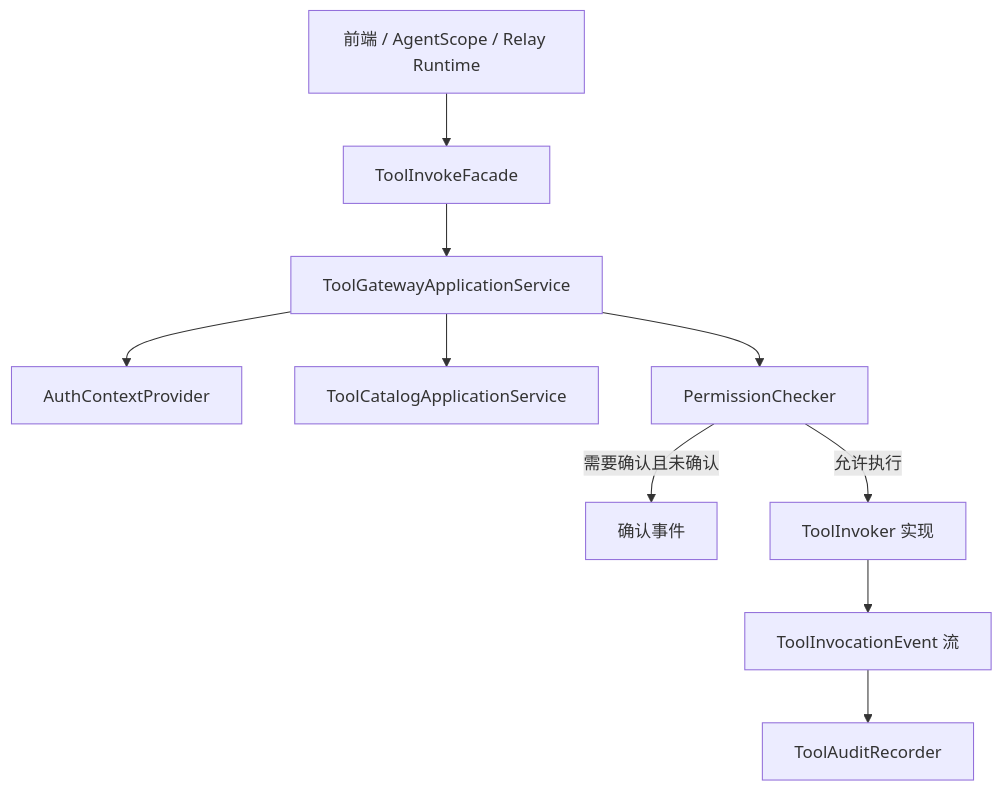
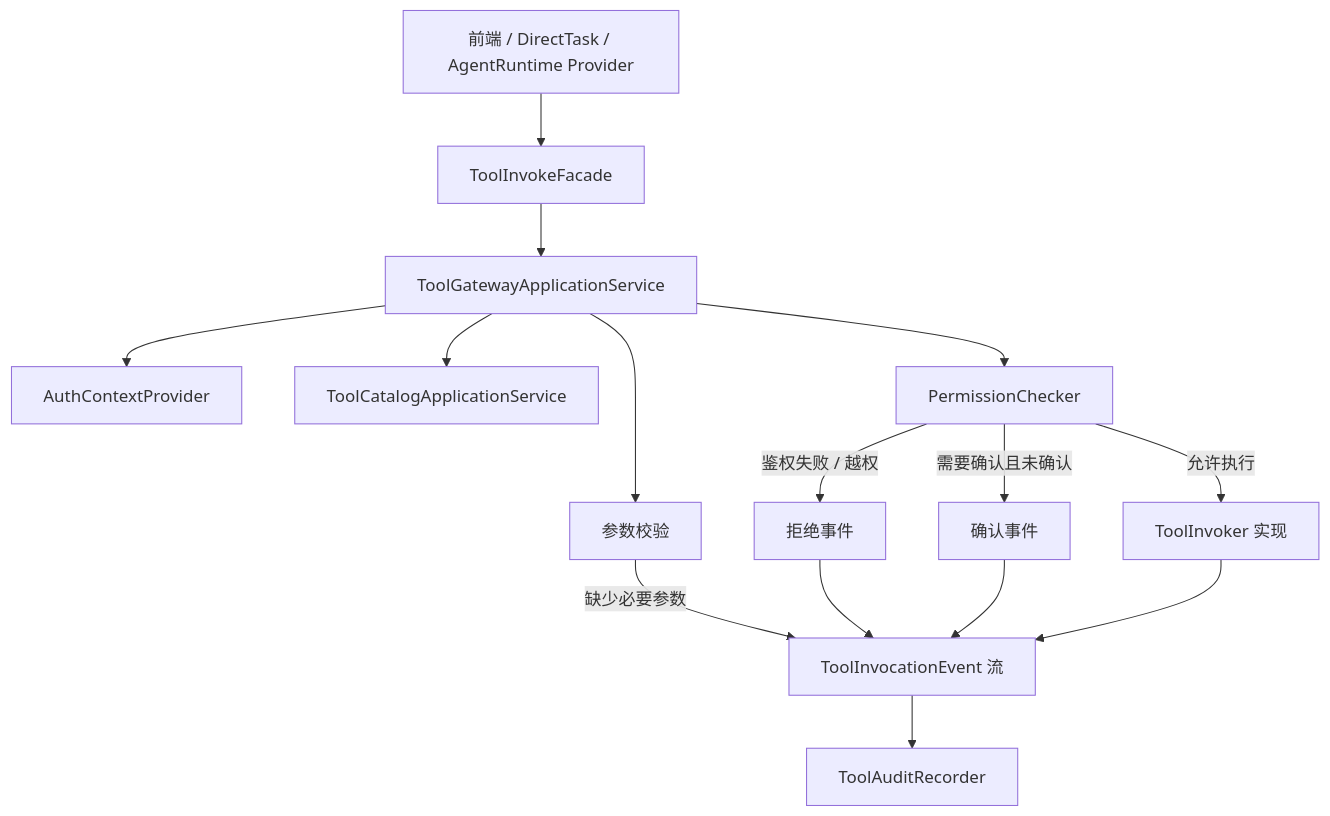
Diagram 14 of 14 in docs/architecture/README.md (kunben-duck/exweb), drawn with Mermaid before and after one commit. The commit also changed other lines of this file and 39 other files, not shown here.

Commit message:
Refactor chat routing to unified agent runtime

````diff
--- a/docs/architecture/README.md
+++ b/docs/architecture/README.md
@@ -283,23 +625,30 @@
 ```mermaid
 flowchart TD
-    Caller["前端 / AgentScope / Relay Runtime"]
+    Caller["前端 / DirectTask / AgentRuntime Provider"]
     ToolFacade["ToolInvokeFacade"]
     Gateway["ToolGatewayApplicationService"]
     Auth["AuthContextProvider"]
     Catalog["ToolCatalogApplicationService"]
     Permission["PermissionChecker"]
+    ParamCheck["参数校验"]
     Confirm["确认事件"]
+    Reject["拒绝事件"]
     Invoker["ToolInvoker 实现"]
     Audit["ToolAuditRecorder"]
     Events["ToolInvocationEvent 流"]
 
     Caller --> ToolFacade
     ToolFacade --> Gateway
     Gateway --> Auth
     Gateway --> Catalog
+    Gateway --> ParamCheck
     Gateway --> Permission
+    ParamCheck -->|"缺少必要参数"| Events
+    Permission -->|"鉴权失败 / 越权"| Reject
     Permission -->|"需要确认且未确认"| Confirm
     Permission -->|"允许执行"| Invoker
+    Reject --> Events
+    Confirm --> Events
     Invoker --> Events
     Events --> Audit
 ```
````
